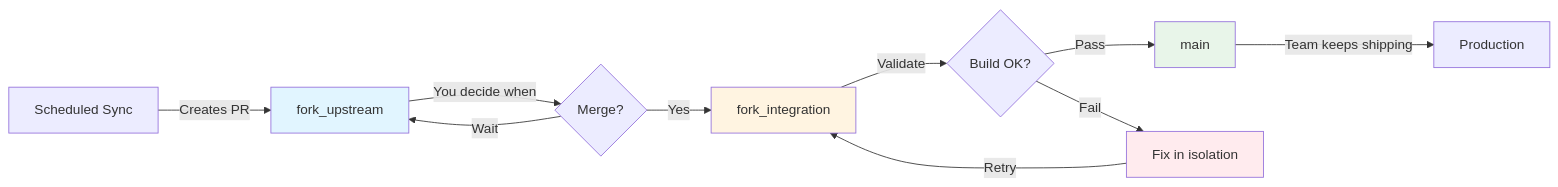
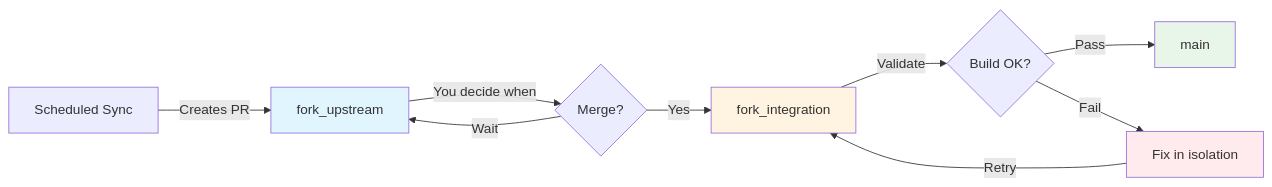
Before and after one commit to Azure/osdu-spi: the first of 2 diagrams in doc/src/adr/learnings.md, drawn with Mermaid. The commit also changed other lines of this file and 40 other files, not shown here.

````diff
--- a/doc/src/adr/learnings.md
+++ b/doc/src/adr/learnings.md
@@ -16,17 +11,16 @@
 ```mermaid
 graph LR
     A[Scheduled Sync] -->|Creates PR| B[fork_upstream]
     B -->|You decide when| C{Merge?}
     C -->|Yes| D[fork_integration]
     C -->|Wait| B
     D -->|Validate| E{Build OK?}
     E -->|Pass| F[main]
     E -->|Fail| G[Fix in isolation]
     G -->|Retry| D
-    F -->|Team keeps shipping| H[Production]
 
     style B fill:#e1f5ff
     style D fill:#fff4e1
     style F fill:#e8f5e9
     style G fill:#ffebee
 ```
````
